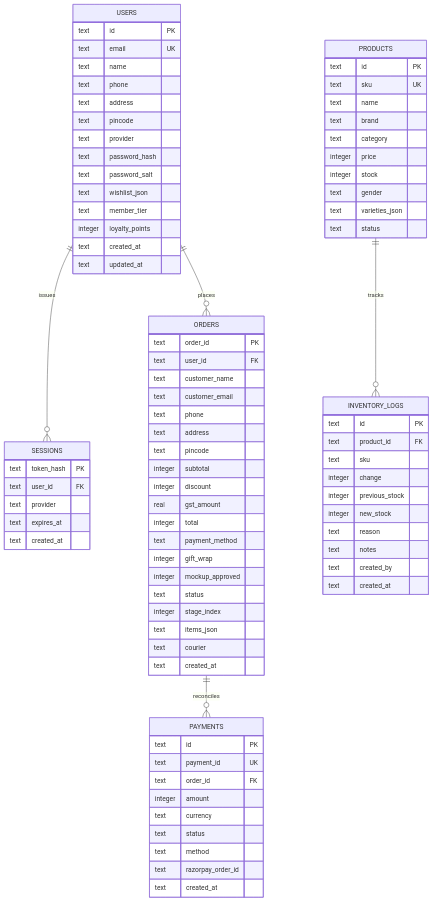
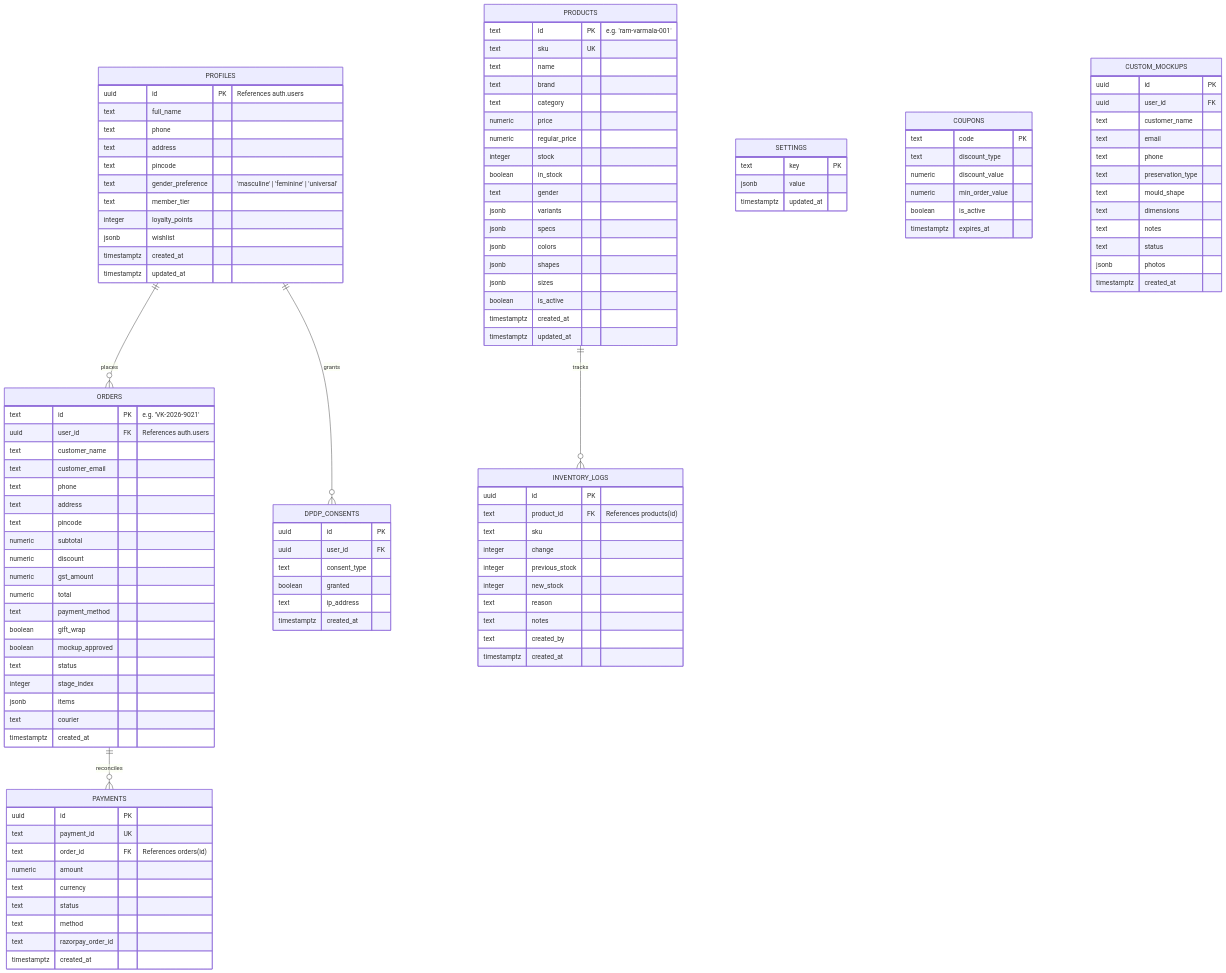
Before and after one commit to abhieee-java/vistara-krafts: the third of 4 diagrams in ARCHITECTURE.md, drawn with Mermaid. The commit also changed other lines of this file and 28 other files, not shown here.

First line of the commit message:
feat(architecture): complete migration to Supabase (PostgreSQL 15+ & Auth) and Cloudinary storage

````diff
--- a/ARCHITECTURE.md
+++ b/ARCHITECTURE.md
@@ -151,73 +151,70 @@
 ```mermaid
 erDiagram
-    USERS ||--o{ SESSIONS : "issues"
-    USERS ||--o{ ORDERS : "places"
+    PROFILES ||--o{ ORDERS : "places"
+    PROFILES ||--o{ DPDP_CONSENTS : "grants"
     PRODUCTS ||--o{ INVENTORY_LOGS : "tracks"
     ORDERS ||--o{ PAYMENTS : "reconciles"
 
-    USERS {
-        text id PK
-        text email UK
-        text name
+    PROFILES {
+        uuid id PK "References auth.users"
+        text full_name
         text phone
         text address
         text pincode
-        text provider
-        text password_hash
-        text password_salt
-        text wishlist_json
+        text gender_preference "'masculine' | 'feminine' | 'universal'"
         text member_tier
         integer loyalty_points
-        text created_at
-        text updated_at
-    }
-
-    SESSIONS {
-        text token_hash PK
-        text user_id FK
-        text provider
-        text expires_at
-        text created_at
+        jsonb wishlist
+        timestamptz created_at
+        timestamptz updated_at
     }
 
     ORDERS {
-        text order_id PK
-        text user_id FK
+        text id PK "e.g. 'VK-2026-9021'"
+        uuid user_id FK "References auth.users"
         text customer_name
         text customer_email
         text phone
         text address
         text pincode
-        integer subtotal
-        integer discount
-        real gst_amount
-        integer total
+        numeric subtotal
+        numeric discount
+        numeric gst_amount
+        numeric total
         text payment_method
-        integer gift_wrap
-        integer mockup_approved
+        boolean gift_wrap
+        boolean mockup_approved
         text status
         integer stage_index
-        text items_json
+        jsonb items
         text courier
-        text created_at
+        timestamptz created_at
     }
 
     PRODUCTS {
-        text id PK
+        text id PK "e.g. 'ram-varmala-001'"
         text sku UK
         text name
         text brand
         text category
-        integer price
+        numeric price
+        numeric regular_price
         integer stock
+        boolean in_stock
         text gender
-        text varieties_json
-        text status
+        jsonb variants
+        jsonb specs
+        jsonb colors
+        jsonb shapes
+        jsonb sizes
+        boolean is_active
+        timestamptz created_at
+        timestamptz updated_at
     }
 
     INVENTORY_LOGS {
-        text id PK
-        text product_id FK
+        uuid id PK
+        text product_id FK "References products(id)"
         text sku
         integer change
         integer previous_stock
@@ -225,18 +222,57 @@
         text reason
         text notes
         text created_by
-        text created_at
+        timestamptz created_at
     }
 
     PAYMENTS {
-        text id PK
+        uuid id PK
         text payment_id UK
-        text order_id FK
-        integer amount
+        text order_id FK "References orders(id)"
+        numeric amount
         text currency
         text status
         text method
         text razorpay_order_id
-        text created_at
+        timestamptz created_at
+    }
+
+    SETTINGS {
+        text key PK
+        jsonb value
+        timestamptz updated_at
+    }
+
+    COUPONS {
+        text code PK
+        text discount_type
+        numeric discount_value
+        numeric min_order_value
+        boolean is_active
+        timestamptz expires_at
+    }
+
+    CUSTOM_MOCKUPS {
+        uuid id PK
+        uuid user_id FK
+        text customer_name
+        text email
+        text phone
+        text preservation_type
+        text mould_shape
+        text dimensions
+        text notes
+        text status
+        jsonb photos
+        timestamptz created_at
+    }
+
+    DPDP_CONSENTS {
+        uuid id PK
+        uuid user_id FK
+        text consent_type
+        boolean granted
+        text ip_address
+        timestamptz created_at
     }
 ```
````
